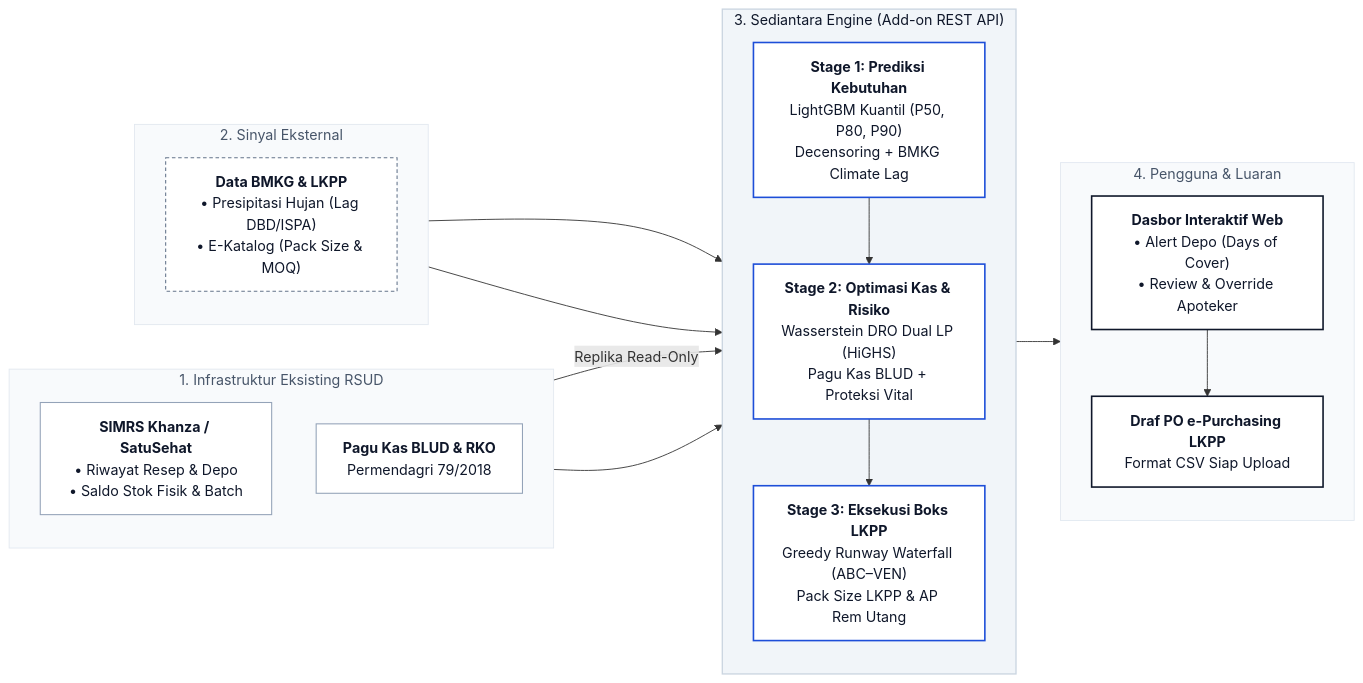
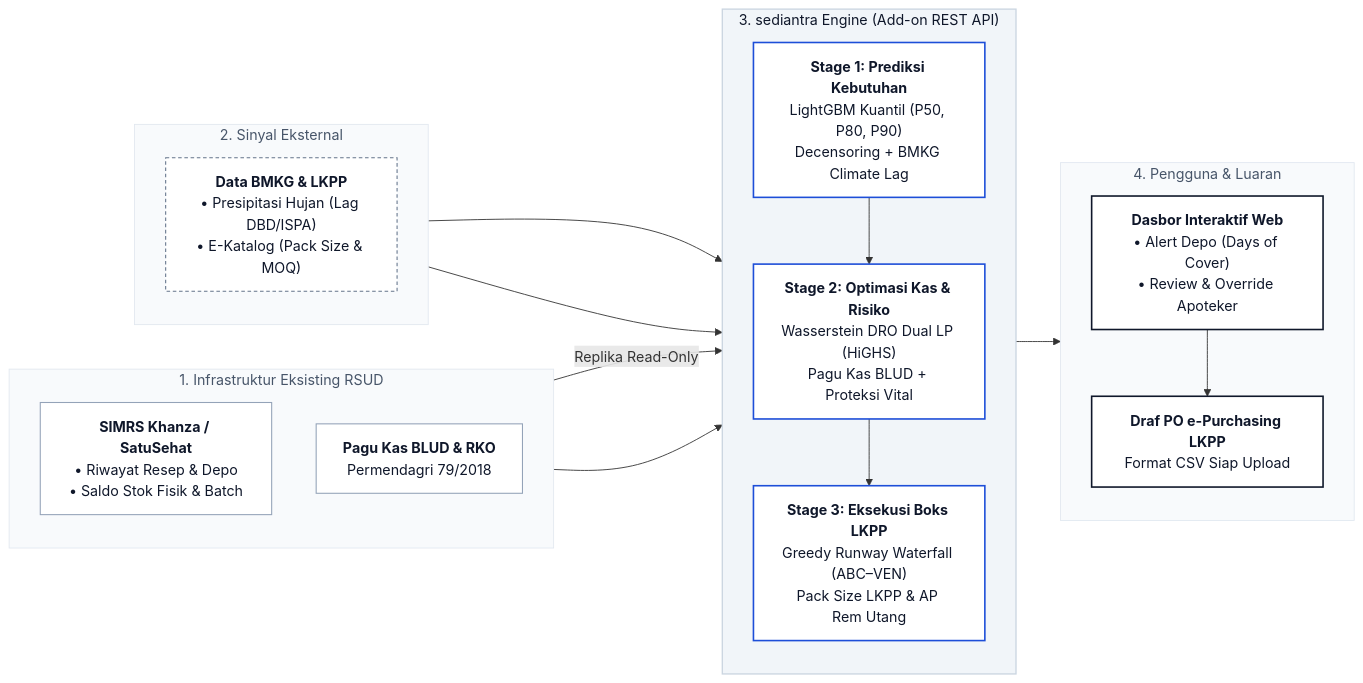
The second of 2 diagrams in projectfarmasi.md (gimigkk/sediantara-research), drawn with Mermaid before and after one commit. The commit also changed other lines of this file, not shown here.

````diff
--- a/projectfarmasi.md
+++ b/projectfarmasi.md
@@ -447,45 +447,45 @@
 ```mermaid
 flowchart LR
     %% Palette: Minimalist Enterprise (Neutral Slate Foundation + Cobalt Precision Accent)
     classDef default fill:#ffffff,stroke:#cbd5e1,stroke-width:1.2px,color:#0f172a;
     classDef inputNode fill:#ffffff,stroke:#94a3b8,stroke-width:1.2px,color:#0f172a;
     classDef extNode fill:#ffffff,stroke:#64748b,stroke-width:1.2px,stroke-dasharray: 4 3,color:#0f172a;
     classDef coreNode fill:#ffffff,stroke:#1d4ed8,stroke-width:1.8px,color:#0f172a;
     classDef outputNode fill:#ffffff,stroke:#0f172a,stroke-width:1.8px,color:#0f172a;
 
     subgraph RS [" 1. Infrastruktur Eksisting RSUD "]
         direction TB
         SIMRS["<b>SIMRS Khanza / SatuSehat</b><br/>• Riwayat Resep &amp; Depo<br/>• Saldo Stok Fisik &amp; Batch"]:::inputNode
         POLICY["<b>Pagu Kas BLUD &amp; RKO</b><br/>Permendagri 79/2018"]:::inputNode
     end
     style RS fill:#f8fafc,stroke:#e2e8f0,stroke-width:1px,color:#475569
 
     subgraph EXT [" 2. Sinyal Eksternal "]
         direction TB
         BMKG["<b>Data BMKG &amp; LKPP</b><br/>• Presipitasi Hujan (Lag DBD/ISPA)<br/>• E-Katalog (Pack Size &amp; MOQ)"]:::extNode
     end
     style EXT fill:#f8fafc,stroke:#e2e8f0,stroke-width:1px,color:#475569
 
-    subgraph ENGINE [" 3. Sediantara Engine (Add-on REST API) "]
+    subgraph ENGINE [" 3. sediantra Engine (Add-on REST API) "]
         direction TB
         S1["<b>Stage 1: Prediksi Kebutuhan</b><br/>LightGBM Kuantil (P50, P80, P90)<br/>Decensoring + BMKG Climate Lag"]:::coreNode
         S2["<b>Stage 2: Optimasi Kas &amp; Risiko</b><br/>Wasserstein DRO Dual LP (HiGHS)<br/>Pagu Kas BLUD + Proteksi Vital"]:::coreNode
         S3["<b>Stage 3: Eksekusi Boks LKPP</b><br/>Greedy Runway Waterfall (ABC–VEN)<br/>Pack Size LKPP &amp; AP Rem Utang"]:::coreNode
         S1 --> S2 --> S3
     end
     style ENGINE fill:#f1f5f9,stroke:#cbd5e1,stroke-width:1.5px,color:#0f172a
 
     subgraph OUT [" 4. Pengguna &amp; Luaran "]
         direction TB
         DASH["<b>Dasbor Interaktif Web</b><br/>• Alert Depo (Days of Cover)<br/>• Review &amp; Override Apoteker"]:::outputNode
         CSV["<b>Draf PO e-Purchasing LKPP</b><br/>Format CSV Siap Upload"]:::outputNode
         DASH --> CSV
     end
     style OUT fill:#f8fafc,stroke:#e2e8f0,stroke-width:1px,color:#475569
 
     SIMRS -->|Replika Read-Only| S1
     POLICY --> S2
     BMKG --> S1
     BMKG --> S3
     S3 --> DASH
 ```
````
